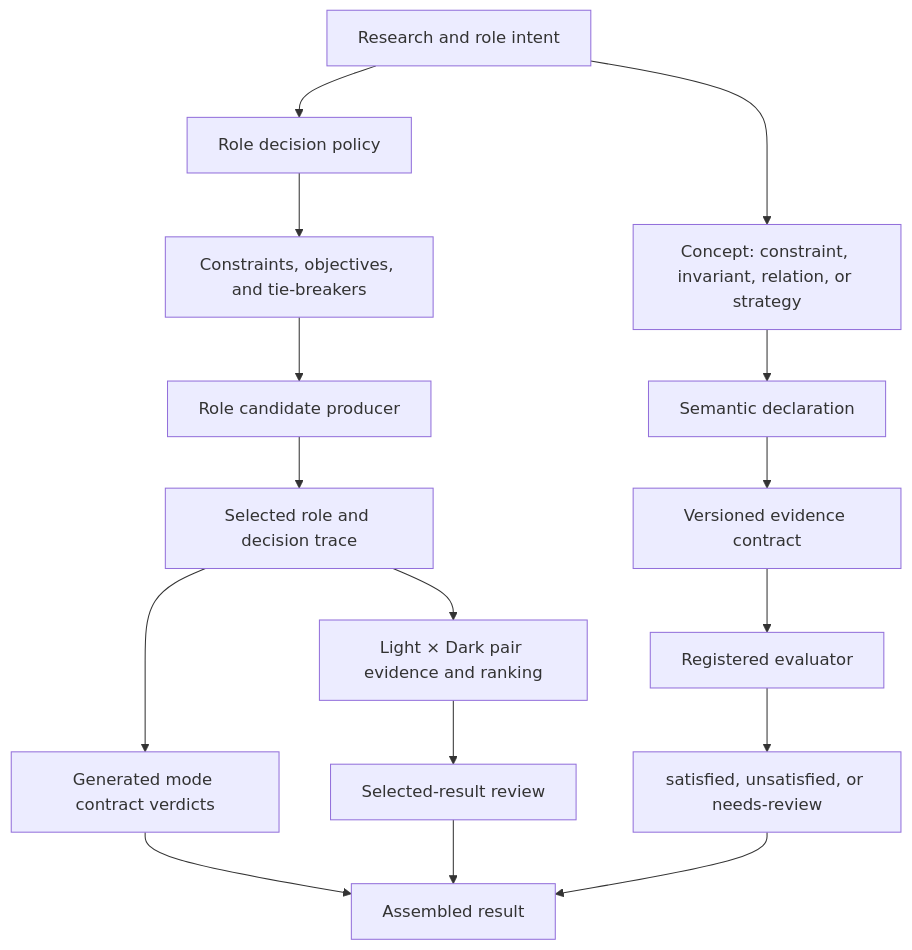
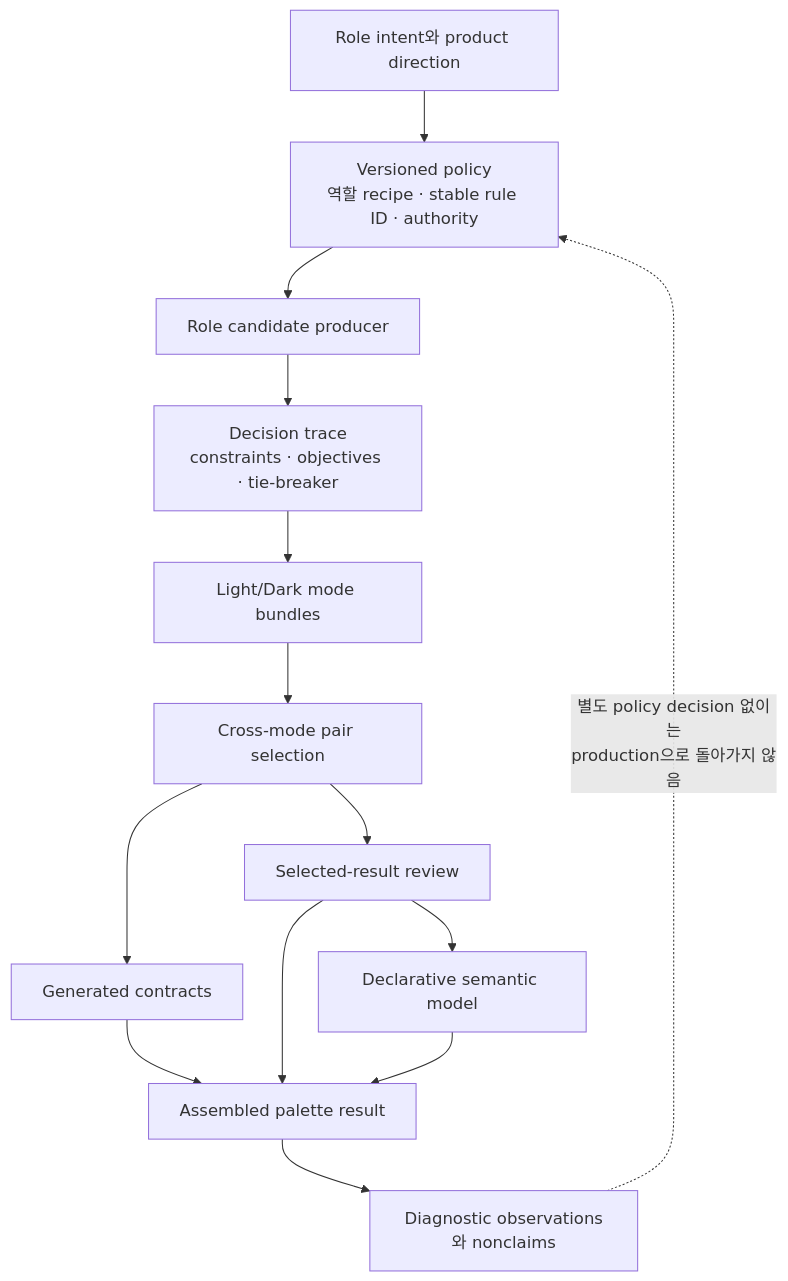
One commit to corca-ai/color-palette-gen changed the third of 4 diagrams in docs/v2-decisions/ontology.md. Above: the diagram before and after it, drawn with Mermaid. The commit also changed other lines of this file and 140 other files, not shown here.

Commit message:
feat(v2): formalize palette policy and reference experience

````diff
--- a/docs/v2-decisions/ontology.md
+++ b/docs/v2-decisions/ontology.md
@@ -17,20 +124,28 @@
 ```mermaid
 flowchart TD
-  intent["Research and role intent"] --> concept["Concept: constraint, invariant, relation, or strategy"]
-  concept --> declaration["Semantic declaration"]
-  declaration --> evidenceContract["Versioned evidence contract"]
-  evidenceContract --> evaluator["Registered evaluator"]
-  evaluator --> semanticStatus["satisfied, unsatisfied, or needs-review"]
+  intent["Role intent와 product direction"]
+  policy["Versioned policy<br/>역할 recipe · stable rule ID · authority"]
+  producer["Role candidate producer"]
+  decision["Decision trace<br/>constraints · objectives · tie-breaker"]
+  mode["Light/Dark mode bundles"]
+  pair["Cross-mode pair selection"]
+  contracts["Generated contracts"]
+  review["Selected-result review"]
+  semantic["Declarative semantic model"]
+  result["Assembled palette result"]
+  diagnostic["Diagnostic observations와 nonclaims"]
 
-  intent --> rolePolicy["Role decision policy"]
-  rolePolicy --> rules["Constraints, objectives, and tie-breakers"]
-  rules --> producer["Role candidate producer"]
-  producer --> selected["Selected role and decision trace"]
-  selected --> modeContracts["Generated mode contract verdicts"]
-  selected --> pairSelection["Light × Dark pair evidence and ranking"]
-  pairSelection --> selectedReview["Selected-result review"]
-
-  modeContracts --> result["Assembled result"]
-  selectedReview --> result
-  semanticStatus --> result
+  intent --> policy
+  policy --> producer
+  producer --> decision
+  decision --> mode
+  mode --> pair
+  pair --> contracts
+  pair --> review
+  review --> semantic
+  contracts --> result
+  review --> result
+  semantic --> result
+  result --> diagnostic
+  diagnostic -. "별도 policy decision 없이는<br/>production으로 돌아가지 않음" .-> policy
 ```
````
